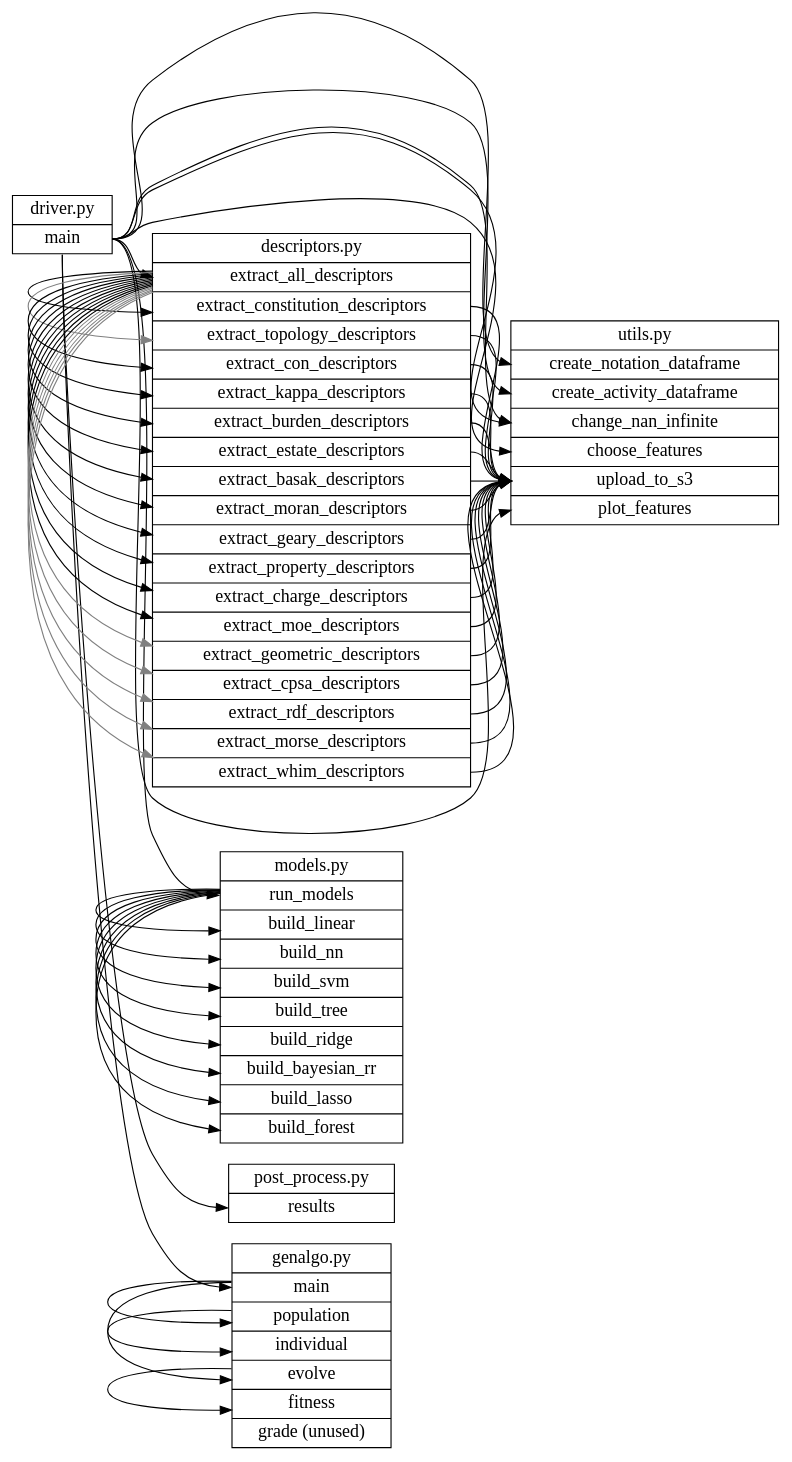
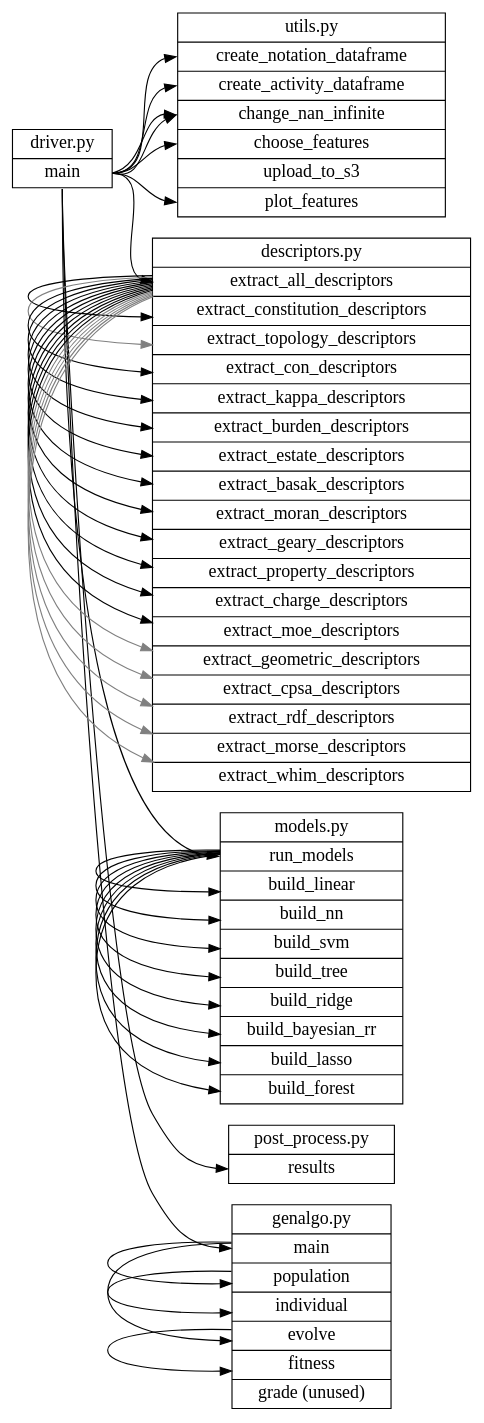
One commit to BeckResearchLab/USP-inhibition changed the diagram in docs/callgraph.gv. Above: the diagram before and after it, drawn with Graphviz. The commit also changed 1 other file, not shown here.

Commit message:
updated but call to s3 causes dotty to graph

```diff
--- a/docs/callgraph.gv
+++ b/docs/callgraph.gv
@@ -1,95 +1,95 @@
 digraph g {
 	graph [
 		rankdir = "LR"
 	];
 
 	node [
 		fontsize = "16"
 		shape = "record"
 	];
 
 	"driver.py" [
 		label = "<f0> driver.py | <f1> main"
 	];
 
 	"utils.py" [
 		label = "<f0> utils.py | <f1> create_notation_dataframe | <f2> create_activity_dataframe | <f3> change_nan_infinite | <f4> choose_features | <f5> upload_to_s3 | <f6> plot_features"
 	];
 
 	"descriptors.py" [
 		label = "<f0> descriptors.py | <f1> extract_all_descriptors | <f2> extract_constitution_descriptors | <f3> extract_topology_descriptors | <f4> extract_con_descriptors | <f5> extract_kappa_descriptors | <f6> extract_burden_descriptors | <f7> extract_estate_descriptors | <f8> extract_basak_descriptors | <f9> extract_moran_descriptors | <f10> extract_geary_descriptors | <f11> extract_property_descriptors | <f12> extract_charge_descriptors | <f13> extract_moe_descriptors | <f14> extract_geometric_descriptors | <f15> extract_cpsa_descriptors | <f16> extract_rdf_descriptors | <f17> extract_morse_descriptors | <f18> extract_whim_descriptors"
 	];
 
 	"models.py" [
 		label = "<f0> models.py | <f1> run_models | <f2> build_linear | <f3> build_nn | <f4> build_svm | <f5> build_tree | <f6> build_ridge | <f7> build_bayesian_rr | <f8> build_lasso | <f9> build_forest"
 	];
 
 	"post_process.py" [
 		label = "<f0> post_process.py | <f1> results"
 	];
 
 	"genalgo.py" [
 		label = "<f0> genalgo.py | <f1> main | <f2> population | <f3> individual | <f4> evolve | <f5> fitness | <f6> grade (unused)"
 	];
 
 	"driver.py":f1 -> "utils.py":f1;
 	"driver.py":f1 -> "utils.py":f2;
 	"driver.py":f1 -> "descriptors.py":f1;
 	"descriptors.py":f1 -> "descriptors.py":f2;
-	"descriptors.py":f2 -> "utils.py":f5;
+#	"descriptors.py":f2 -> "utils.py":f5;
 	"descriptors.py":f1 -> "descriptors.py":f3 [ color = "gray" ];
-	"descriptors.py":f3 -> "utils.py":f5;
+#	"descriptors.py":f3 -> "utils.py":f5;
 	"descriptors.py":f1 -> "descriptors.py":f4;
-	"descriptors.py":f4 -> "utils.py":f5;
+#	"descriptors.py":f4 -> "utils.py":f5;
 	"descriptors.py":f1 -> "descriptors.py":f5;
-	"descriptors.py":f5 -> "utils.py":f5;
+#	"descriptors.py":f5 -> "utils.py":f5;
 	"descriptors.py":f1 -> "descriptors.py":f6;
-	"descriptors.py":f6 -> "utils.py":f5;
+#	"descriptors.py":f6 -> "utils.py":f5;
 	"descriptors.py":f1 -> "descriptors.py":f7;
-	"descriptors.py":f7 -> "utils.py":f5;
+#	"descriptors.py":f7 -> "utils.py":f5;
 	"descriptors.py":f1 -> "descriptors.py":f8;
-	"descriptors.py":f8 -> "utils.py":f5;
+#	"descriptors.py":f8 -> "utils.py":f5;
 	"descriptors.py":f1 -> "descriptors.py":f9;
-	"descriptors.py":f9 -> "utils.py":f5;
+#	"descriptors.py":f9 -> "utils.py":f5;
 	"descriptors.py":f1 -> "descriptors.py":f10;
-	"descriptors.py":f10 -> "utils.py":f5;
+#	"descriptors.py":f10 -> "utils.py":f5;
 	"descriptors.py":f1 -> "descriptors.py":f11;
-	"descriptors.py":f11 -> "utils.py":f5;
+#	"descriptors.py":f11 -> "utils.py":f5;
 	"descriptors.py":f1 -> "descriptors.py":f12;
-	"descriptors.py":f12 -> "utils.py":f5;
+#	"descriptors.py":f12 -> "utils.py":f5;
 	"descriptors.py":f1 -> "descriptors.py":f13;
-	"descriptors.py":f13 -> "utils.py":f5;
+#	"descriptors.py":f13 -> "utils.py":f5;
 	"descriptors.py":f1 -> "descriptors.py":f14 [ color = "gray" ];
-	"descriptors.py":f14 -> "utils.py":f5;
+#	"descriptors.py":f14 -> "utils.py":f5;
 	"descriptors.py":f1 -> "descriptors.py":f15 [ color = "gray" ];
-	"descriptors.py":f15 -> "utils.py":f5;
+#	"descriptors.py":f15 -> "utils.py":f5;
 	"descriptors.py":f1 -> "descriptors.py":f16 [ color = "gray" ];
-	"descriptors.py":f16 -> "utils.py":f5;
+#	"descriptors.py":f16 -> "utils.py":f5;
 	"descriptors.py":f1 -> "descriptors.py":f17 [ color = "gray" ];
-	"descriptors.py":f17 -> "utils.py":f5;
+#	"descriptors.py":f17 -> "utils.py":f5;
 	"descriptors.py":f1 -> "descriptors.py":f18 [ color = "gray" ];
-	"descriptors.py":f18 -> "utils.py":f5;
+#	"descriptors.py":f18 -> "utils.py":f5;
 
 	"driver.py":f1 -> "utils.py":f3;
 	"driver.py":f1 -> "utils.py":f3;	# called twice
 	"driver.py":f1 -> "utils.py":f4;
 	"driver.py":f1 -> "utils.py":f6;
 
 	"driver.py":f1 -> "models.py":f1;
 	"models.py":f1 -> "models.py":f2;
 	"models.py":f1 -> "models.py":f3;
 	"models.py":f1 -> "models.py":f4;
 	"models.py":f1 -> "models.py":f5;
 	"models.py":f1 -> "models.py":f6;
 	"models.py":f1 -> "models.py":f7;
 	"models.py":f1 -> "models.py":f8;
 	"models.py":f1 -> "models.py":f9;
 
 	"driver.py":f1 -> "post_process.py":f1;
 
 	"driver.py":f1 -> "genalgo.py":f1;
 	"genalgo.py":f1 -> "genalgo.py":f2;
 	"genalgo.py":f2 -> "genalgo.py":f3;
 	"genalgo.py":f1 -> "genalgo.py":f4;
 	"genalgo.py":f4 -> "genalgo.py":f5;
 }
```
